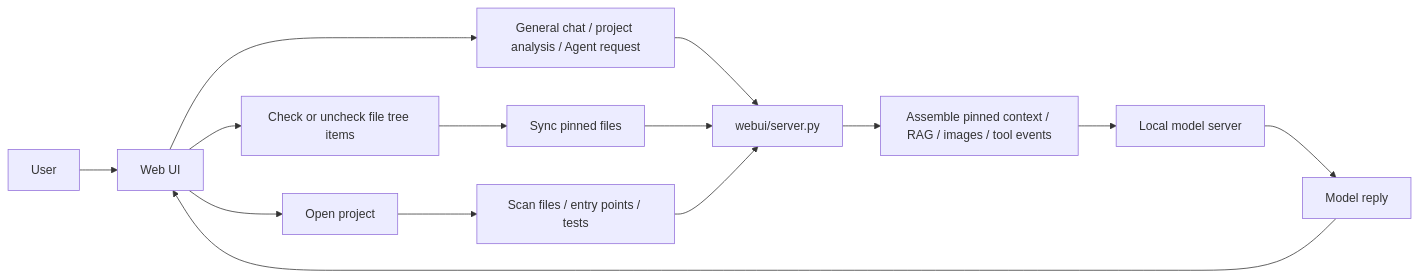
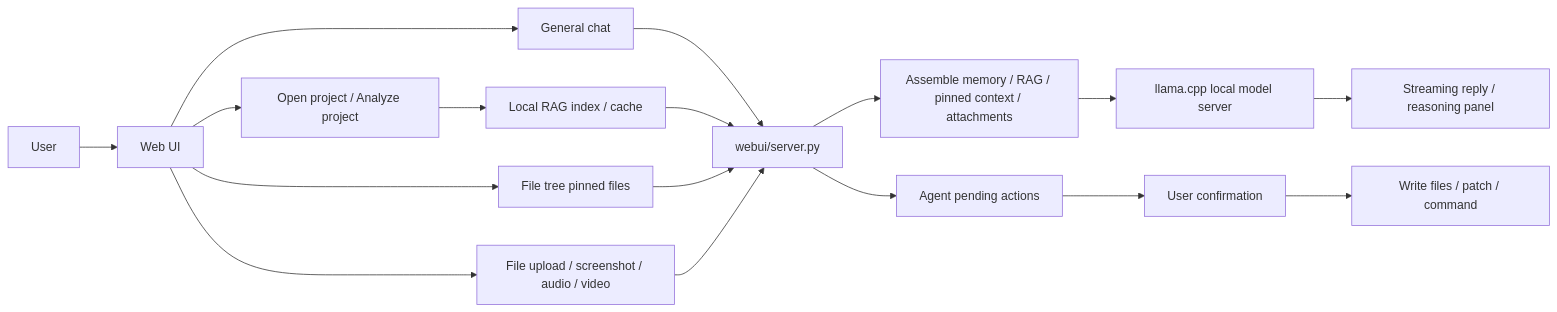
Before and after one commit to Lzxpan/CodeWorker: the diagram in README.en.md, drawn with Mermaid. The commit also changed other lines of this file and 2 other files, not shown here.

````diff
--- a/README.en.md
+++ b/README.en.md
@@ -155,16 +164,19 @@
 ```mermaid
 flowchart LR
     U["User"] --> W["Web UI"]
-    W --> O["Open project"]
-    O --> S["Scan files / entry points / tests"]
-    W --> P["Check or uncheck file tree items"]
-    P --> A["Sync pinned files"]
-    W --> C["General chat / project analysis / Agent request"]
-    C --> B["webui/server.py"]
-    A --> B
-    S --> B
-    B --> X["Assemble pinned context / RAG / images / tool events"]
-    X --> M["Local model server"]
-    M --> R["Model reply"]
-    R --> W
+    W --> G["General chat"]
+    W --> O["Open project / Analyze project"]
+    O --> I["Local RAG index / cache"]
+    W --> P["File tree pinned files"]
+    W --> F["File upload / screenshot / audio / video"]
+    G --> S["webui/server.py"]
+    I --> S
+    P --> S
+    F --> S
+    S --> C["Assemble memory / RAG / pinned context / attachments"]
+    C --> M["llama.cpp local model server"]
+    M --> R["Streaming reply / reasoning panel"]
+    S --> A["Agent pending actions"]
+    A --> Q["User confirmation"]
+    Q --> T["Write files / patch / command"]
 ```
````
